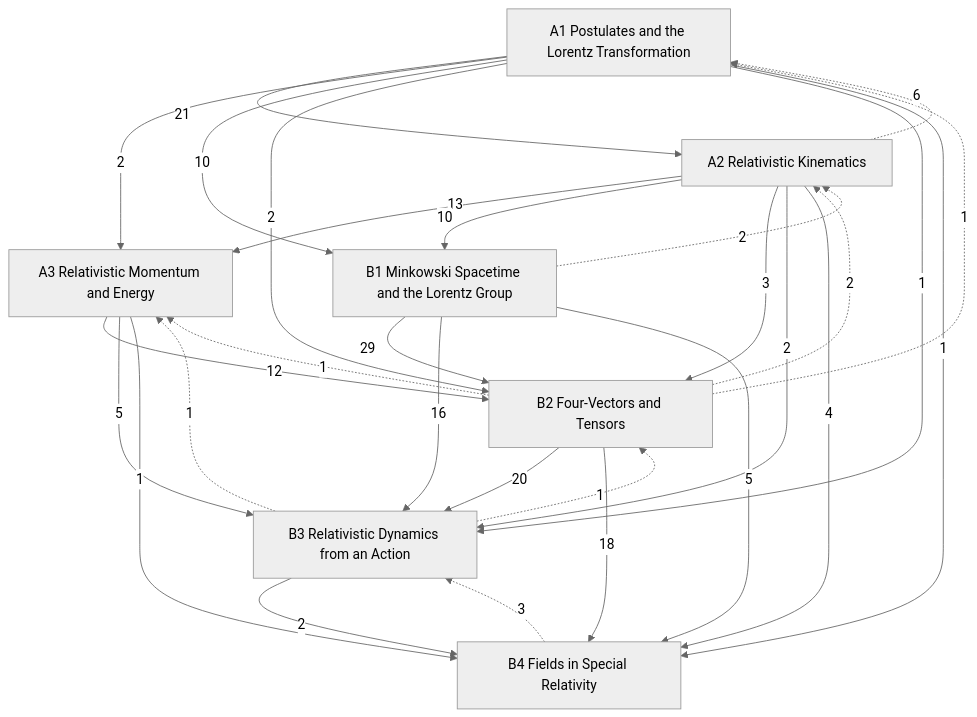
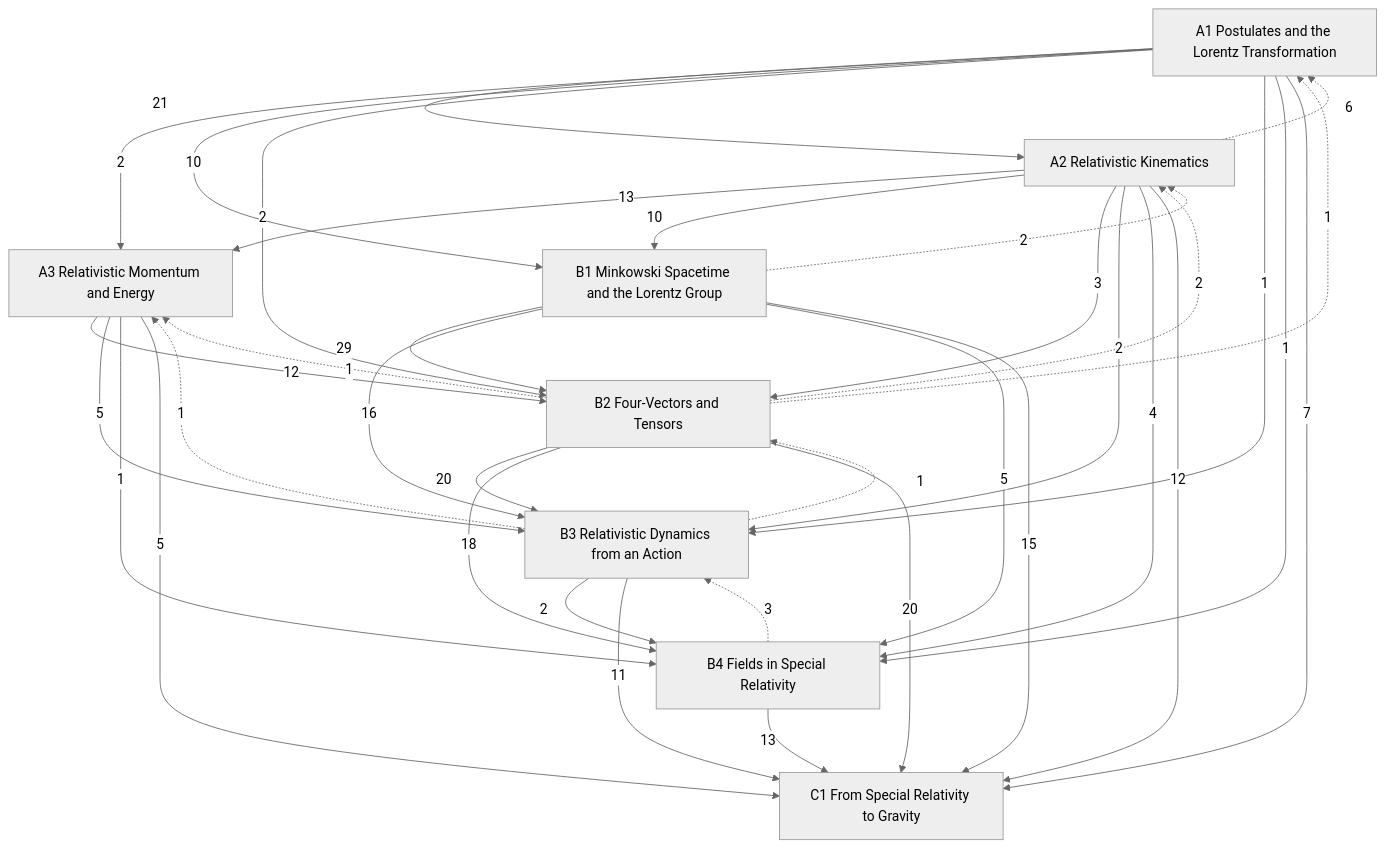
Before and after one commit to Onion20040508/notes: the diagram in Physics/Relativity/Relativity.md, drawn with Mermaid (neutral theme). The commit also changed other lines of this file and 38 other files, not shown here.

````diff
--- a/Physics/Relativity/Relativity.md
+++ b/Physics/Relativity/Relativity.md
@@ -28,38 +31,46 @@
 ```mermaid
 graph TD
   A1["A1 Postulates and the Lorentz Transformation"]
   A2["A2 Relativistic Kinematics"]
   A3["A3 Relativistic Momentum and Energy"]
   B1["B1 Minkowski Spacetime and the Lorentz Group"]
   B2["B2 Four-Vectors and Tensors"]
   B3["B3 Relativistic Dynamics from an Action"]
   B4["B4 Fields in Special Relativity"]
+  C1["C1 From Special Relativity to Gravity"]
   A1 -->|21| A2
   A1 -->|2| A3
   A2 -->|13| A3
   A1 -->|10| B1
   A2 -->|10| B1
   A1 -->|2| B2
   A2 -->|3| B2
   A3 -->|12| B2
   B1 -->|29| B2
   A1 -->|1| B3
   A2 -->|2| B3
   A3 -->|5| B3
   B1 -->|16| B3
   B2 -->|20| B3
   A1 -->|1| B4
   A2 -->|4| B4
   A3 -->|1| B4
   B1 -->|5| B4
   B2 -->|18| B4
   B3 -->|2| B4
+  A1 -->|7| C1
+  A2 -->|12| C1
+  A3 -->|5| C1
+  B1 -->|15| C1
+  B2 -->|20| C1
+  B3 -->|11| C1
+  B4 -->|13| C1
   A2 -.->|6| A1
   B2 -.->|1| A1
   B1 -.->|2| A2
   B2 -.->|2| A2
   B2 -.->|1| A3
   B3 -.->|1| A3
   B3 -.->|1| B2
   B4 -.->|3| B3
 ```
````
